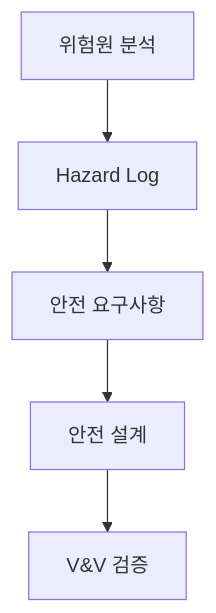
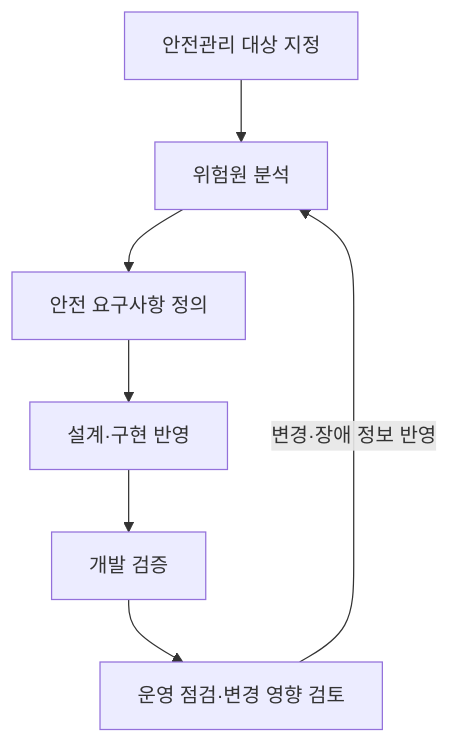
One commit to agnusdei1207/study changed the first of 2 diagrams in src/content/docs/notes/itpe/02-software-engineering/097_sw_safety_guidelines.md. Above: the diagram before and after it, drawn with Mermaid. The commit also changed other lines of this file and 31 other files, not shown here.

````diff
--- a/src/content/docs/notes/itpe/02-software-engineering/097_sw_safety_guidelines.md
+++ b/src/content/docs/notes/itpe/02-software-engineering/097_sw_safety_guidelines.md
@@ -38,4 +54,9 @@
 ```mermaid
-flowchart TB
-    A["위험원 분석"] --> L["Hazard Log"] --> R["안전 요구사항"] --> D["안전 설계"] --> V["V&V 검증"]
+flowchart TD
+    A["안전관리 대상 지정"] --> B["위험원 분석"]
+    B --> C["안전 요구사항 정의"]
+    C --> D["설계·구현 반영"]
+    D --> E["개발 검증"]
+    E --> F["운영 점검·변경 영향 검토"]
+    F -->|변경·장애 정보 반영| B
 ```
````
